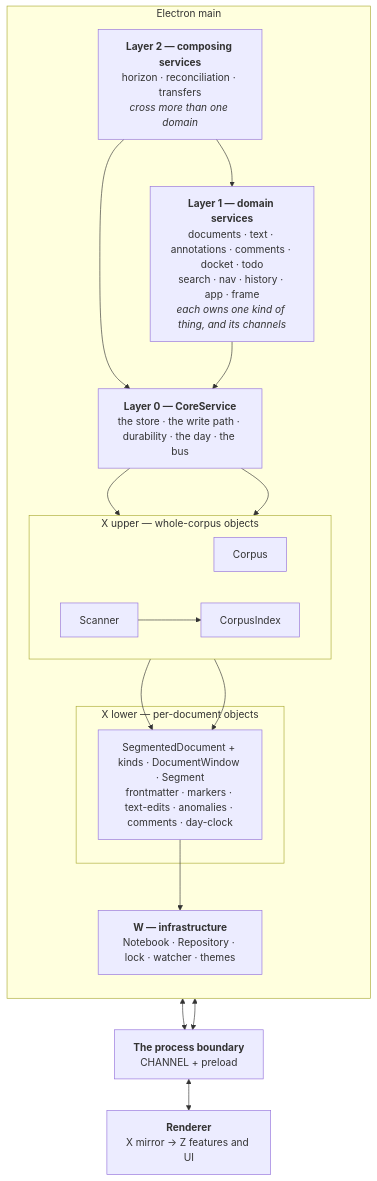
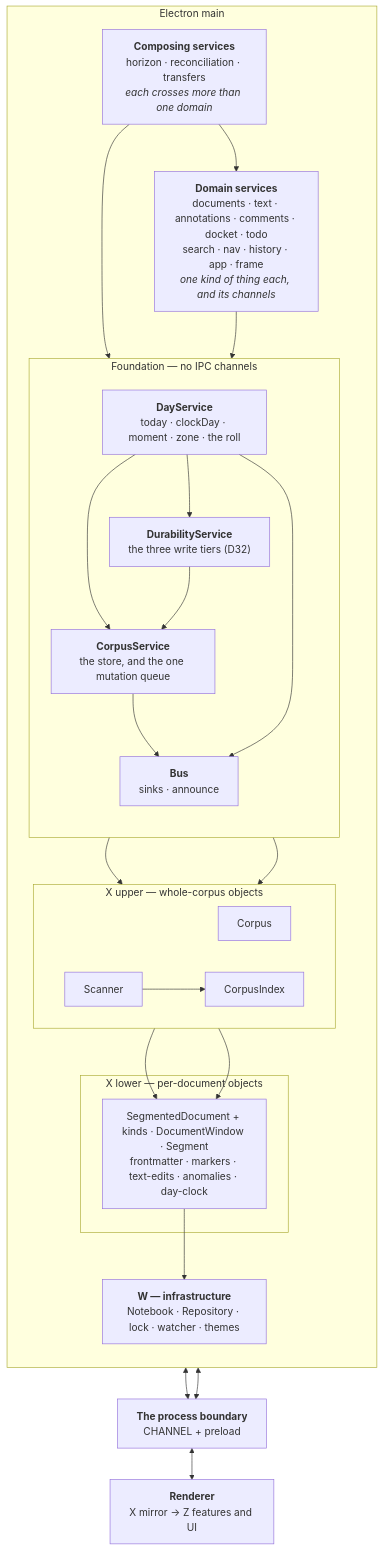
The diagram in .clarity-protocol/solution/service-layers.md (yonatanzunger/tephra), drawn with Mermaid before and after one commit. The commit also changed other lines of this file and 6 other files, not shown here.

Commit message:
Refactor CoreService -> Bus, CorpusService, DurabilityService

````diff
--- a/.clarity-protocol/solution/service-layers.md
+++ b/.clarity-protocol/solution/service-layers.md
@@ -42,34 +42,45 @@
 ```mermaid
 flowchart TB
   subgraph MAIN["Electron main"]
     direction TB
-    L2["<b>Layer 2 — composing services</b><br/>horizon · reconciliation · transfers<br/><i>cross more than one domain</i>"]
-    L1["<b>Layer 1 — domain services</b><br/>documents · text · annotations · comments · docket · todo<br/>search · nav · history · app · frame<br/><i>each owns one kind of thing, and its channels</i>"]
-    L0["<b>Layer 0 — CoreService</b><br/>the store · the write path · durability · the day · the bus"]
+    L2["<b>Composing services</b><br/>horizon · reconciliation · transfers<br/><i>each crosses more than one domain</i>"]
+    L1["<b>Domain services</b><br/>documents · text · annotations · comments · docket · todo<br/>search · nav · history · app · frame<br/><i>one kind of thing each, and its channels</i>"]
+    subgraph F["Foundation — no IPC channels"]
+      direction TB
+      DAY["<b>DayService</b><br/>today · clockDay · moment · zone · the roll"]
+      DUR["<b>DurabilityService</b><br/>the three write tiers (D32)"]
+      CS["<b>CorpusService</b><br/>the store, and the one mutation queue"]
+      BUS["<b>Bus</b><br/>sinks · announce"]
+    end
     subgraph XU["X upper — whole-corpus objects"]
       direction LR
       CORP["Corpus"]
       IDX["CorpusIndex"]
       SCAN["Scanner"]
     end
     subgraph XL["X lower — per-document objects"]
-      SD["SegmentedDocument + kinds · DocumentWindow · Segment<br/>frontmatter · markers · text-edits · anomalies · comments · day-clock"]
+      SD["SegmentedDocument + kinds · DocumentWindow · Segment<br/>frontmatter · markers · text-edits · anomalies · day-clock"]
     end
     W["<b>W — infrastructure</b><br/>Notebook · Repository · lock · watcher · themes"]
   end
   BR["<b>The process boundary</b><br/>CHANNEL + preload"]
   REND["<b>Renderer</b><br/>X mirror → Z features and UI"]
 
   L2 --> L1
-  L2 --> L0
-  L1 --> L0
-  L0 --> CORP
-  L0 --> IDX
+  L2 --> F
+  L1 --> F
+  DAY --> CS
+  DAY --> DUR
+  DUR --> CS
+  CS --> BUS
+  DAY --> BUS
+  CS --> CORP
+  CS --> IDX
   SCAN --> IDX
   CORP --> SD
   IDX --> SD
   SD --> W
   L1 <--> BR
   L2 <--> BR
   BR <--> REND
 ```
````
